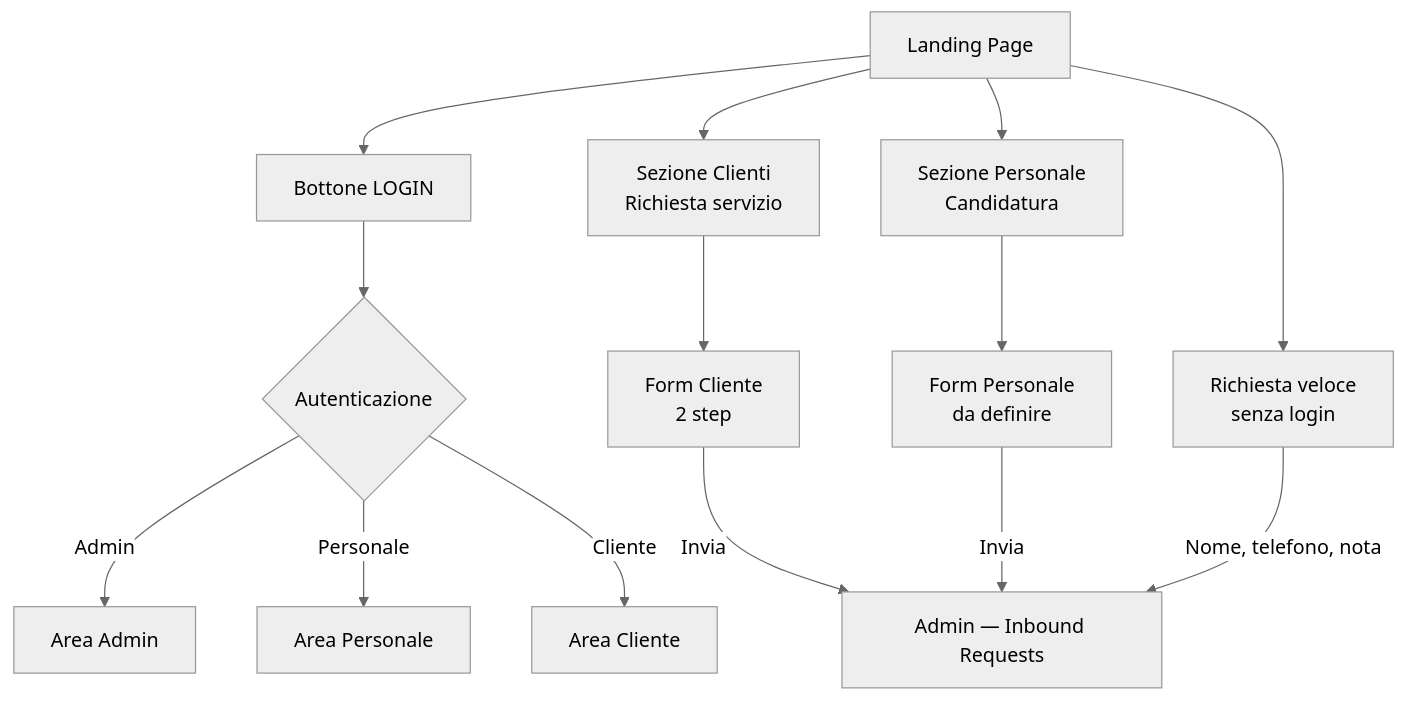
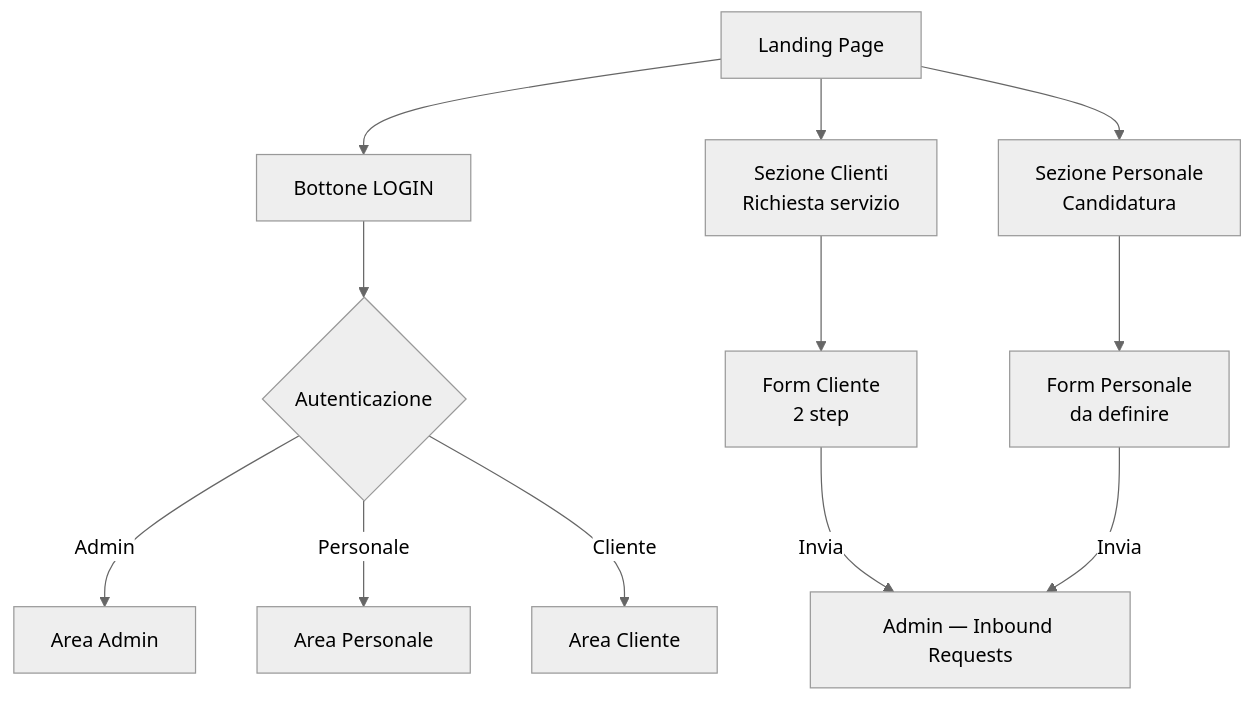
The first of 2 diagrams in milestone1/01_landing_page.md (andreadimicco1/atlas-nevod), drawn with Mermaid (neutral theme) before and after one commit. The commit also changed other lines of this file, not shown here.

Commit message:
Landing page — rimossa richiesta veloce da moduli e flusso

````diff
--- a/milestone1/01_landing_page.md
+++ b/milestone1/01_landing_page.md
@@ -18,22 +17,19 @@
 ```mermaid
 flowchart TD
     LP[Landing Page]
 
     LP --> LOGIN[Bottone LOGIN]
     LP --> RC[Sezione Clienti\nRichiesta servizio]
     LP --> RP[Sezione Personale\nCandidatura]
-    LP --> RV[Richiesta veloce\nsenza login]
 
     LOGIN --> AUTH{Autenticazione}
     AUTH --> |Admin| ADMIN[Area Admin]
     AUTH --> |Personale| PERS[Area Personale]
     AUTH --> |Cliente| CLI[Area Cliente]
 
     RC --> FC[Form Cliente\n2 step]
     FC --> |Invia| IR[Admin — Inbound Requests]
 
     RP --> FP[Form Personale\nda definire]
     FP --> |Invia| IR
-
-    RV --> |Nome, telefono, nota| IR
 ```
````
